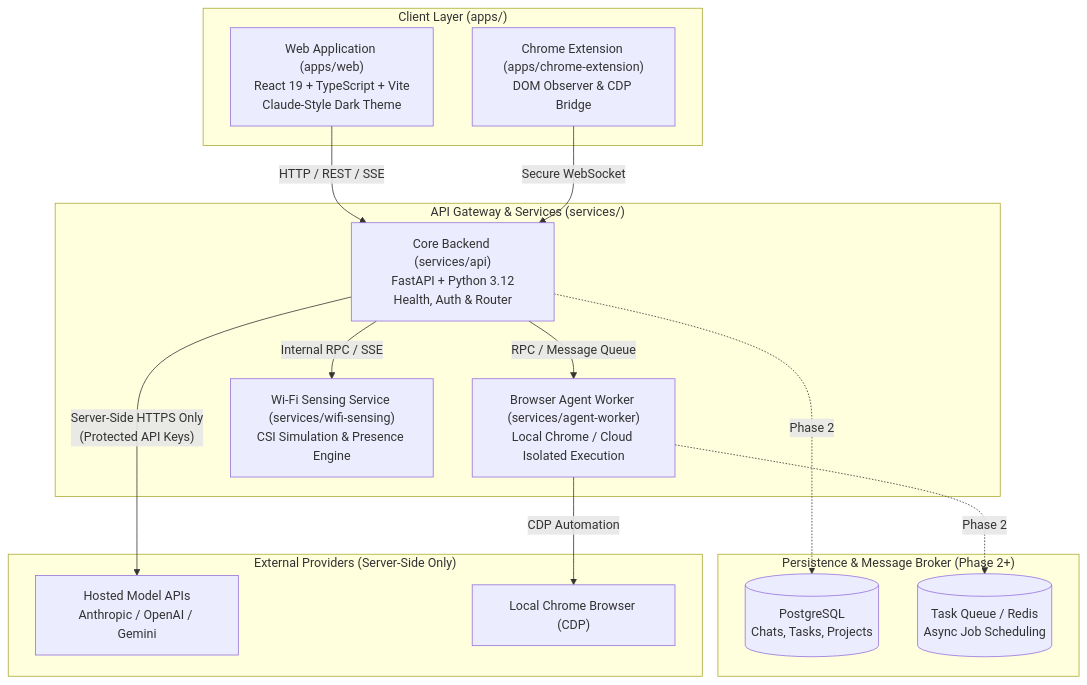
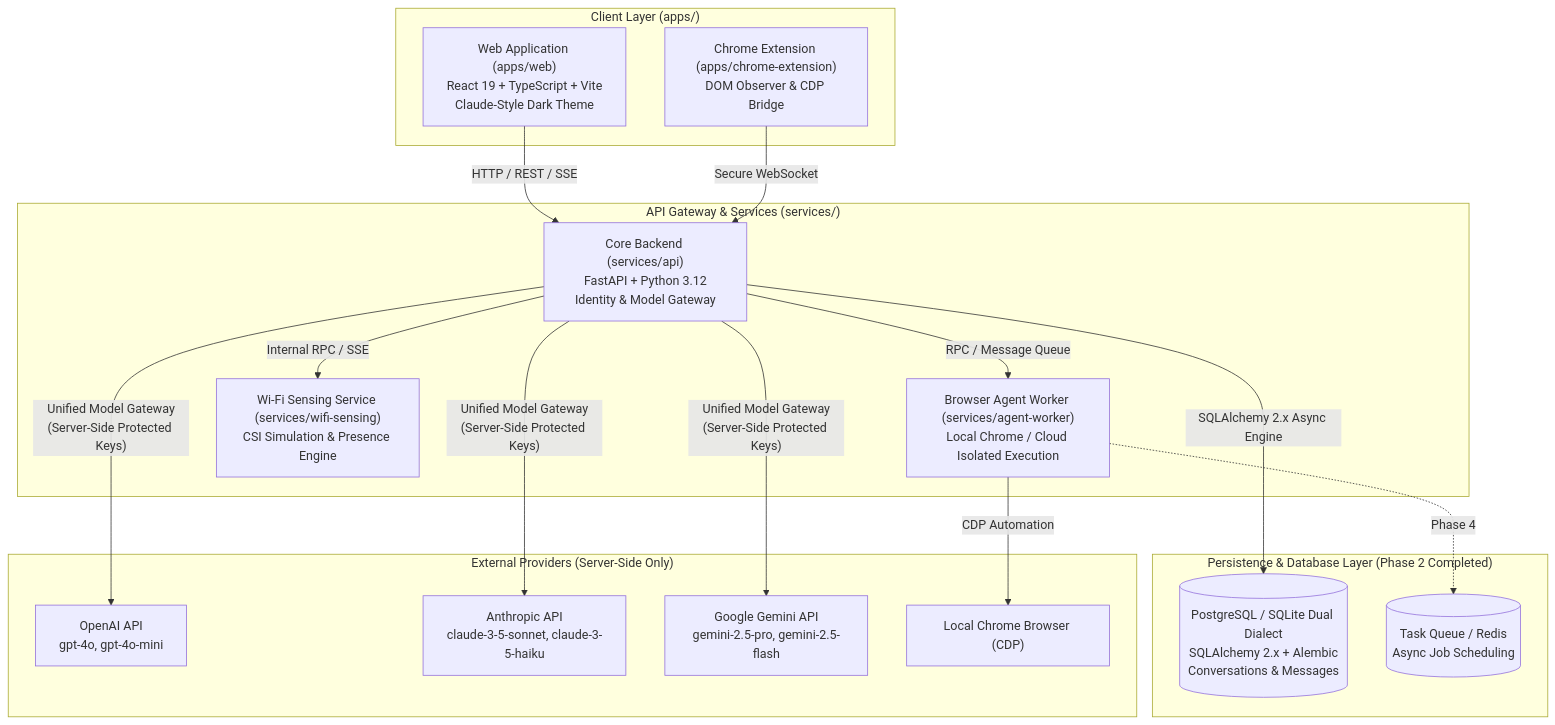
Before and after one commit to shivampatilck-1010/unified-ai-assistant: the diagram in docs/architecture.md, drawn with Mermaid. The commit also changed other lines of this file and 51 other files, not shown here.

First line of the commit message:
feat(phase-2): implement server persistence and unified AI model gateway

````diff
--- a/docs/architecture.md
+++ b/docs/architecture.md
@@ -23,32 +23,36 @@
 ```mermaid
 flowchart TD
     subgraph ClientLayer["Client Layer (apps/)"]
         WebUI["Web Application (apps/web)<br/>React 19 + TypeScript + Vite<br/>Claude-Style Dark Theme"]
         ChromeExt["Chrome Extension (apps/chrome-extension)<br/>DOM Observer & CDP Bridge"]
     end
 
     subgraph GatewayLayer["API Gateway & Services (services/)"]
-        FastAPI["Core Backend (services/api)<br/>FastAPI + Python 3.12<br/>Health, Auth & Router"]
+        FastAPI["Core Backend (services/api)<br/>FastAPI + Python 3.12<br/>Identity & Model Gateway"]
         AgentWorker["Browser Agent Worker (services/agent-worker)<br/>Local Chrome / Cloud Isolated Execution"]
         WiFiService["Wi-Fi Sensing Service (services/wifi-sensing)<br/>CSI Simulation & Presence Engine"]
     end
 
-    subgraph DataLayer["Persistence & Message Broker (Phase 2+)"]
-        Postgres[("PostgreSQL<br/>Chats, Tasks, Projects")]
+    subgraph DataLayer["Persistence & Database Layer (Phase 2 Completed)"]
+        Postgres[("PostgreSQL / SQLite Dual Dialect<br/>SQLAlchemy 2.x + Alembic<br/>Conversations & Messages")]
         Queue[("Task Queue / Redis<br/>Async Job Scheduling")]
     end
 
     subgraph ExternalLayer["External Providers (Server-Side Only)"]
-        LLMs["Hosted Model APIs<br/>Anthropic / OpenAI / Gemini"]
+        OpenAI["OpenAI API<br/>gpt-4o, gpt-4o-mini"]
+        Anthropic["Anthropic API<br/>claude-3-5-sonnet, claude-3-5-haiku"]
+        Gemini["Google Gemini API<br/>gemini-2.5-pro, gemini-2.5-flash"]
         LocalBrowser["Local Chrome Browser (CDP)"]
     end
 
     WebUI -->|"HTTP / REST / SSE"| FastAPI
     ChromeExt -->|"Secure WebSocket"| FastAPI
+    FastAPI -->|"SQLAlchemy 2.x Async Engine"| Postgres
+    FastAPI -->|"Unified Model Gateway<br/>(Server-Side Protected Keys)"| OpenAI
+    FastAPI -->|"Unified Model Gateway<br/>(Server-Side Protected Keys)"| Anthropic
+    FastAPI -->|"Unified Model Gateway<br/>(Server-Side Protected Keys)"| Gemini
     FastAPI -->|"RPC / Message Queue"| AgentWorker
     FastAPI -->|"Internal RPC / SSE"| WiFiService
-    FastAPI -->|"Server-Side HTTPS Only<br/>(Protected API Keys)"| LLMs
     AgentWorker -->|"CDP Automation"| LocalBrowser
-    FastAPI -.->|"Phase 2"| Postgres
-    AgentWorker -.->|"Phase 2"| Queue
+    AgentWorker -.->|"Phase 4"| Queue
 ```
````
